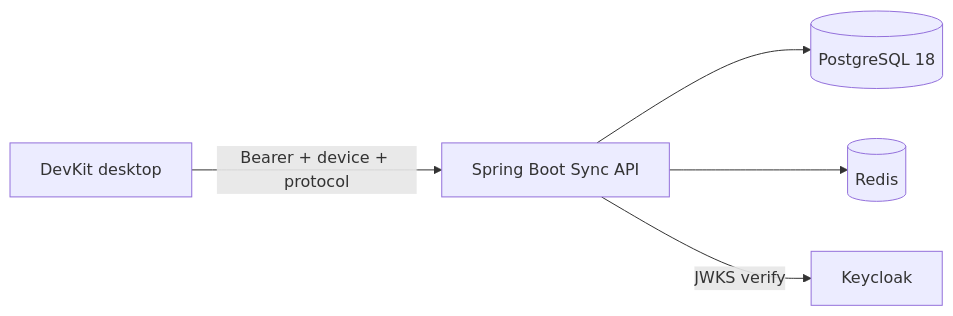
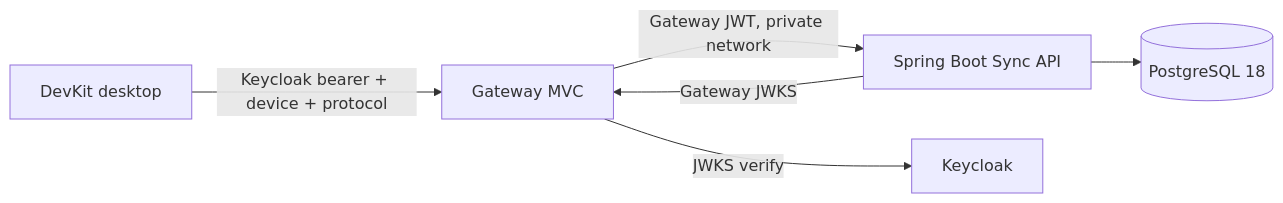
Before and after one commit to syurodev/base: the second of 4 diagrams in content/projects/dev-kit/saas-backend.mdx, drawn with Mermaid. The commit also changed other lines of this file and 10 other files, not shown here.

Commit message:
docs(devkit): record backend and desktop sync status

````diff
--- a/content/projects/dev-kit/saas-backend.mdx
+++ b/content/projects/dev-kit/saas-backend.mdx
@@ -65,7 +82,8 @@
 ```mermaid
 flowchart LR
-  App[DevKit desktop] -->|Bearer + device + protocol| API[Spring Boot Sync API]
+  App[DevKit desktop] -->|Keycloak bearer + device + protocol| GW[Gateway MVC]
+  GW -->|Gateway JWT, private network| API[Spring Boot Sync API]
   API --> PG[(PostgreSQL 18)]
-  API --> RS[(Redis)]
-  API -->|JWKS verify| KC[Keycloak]
+  GW -->|JWKS verify| KC[Keycloak]
+  API -->|Gateway JWKS| GW
 ```
````
